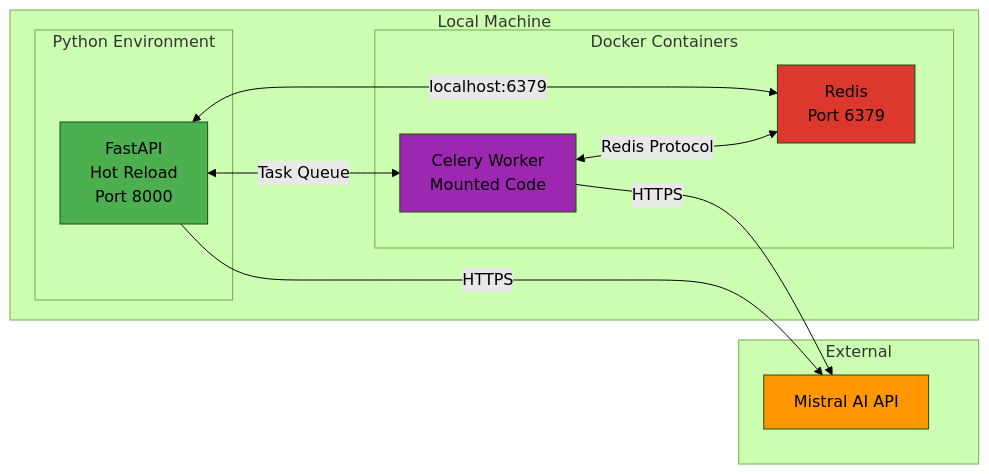
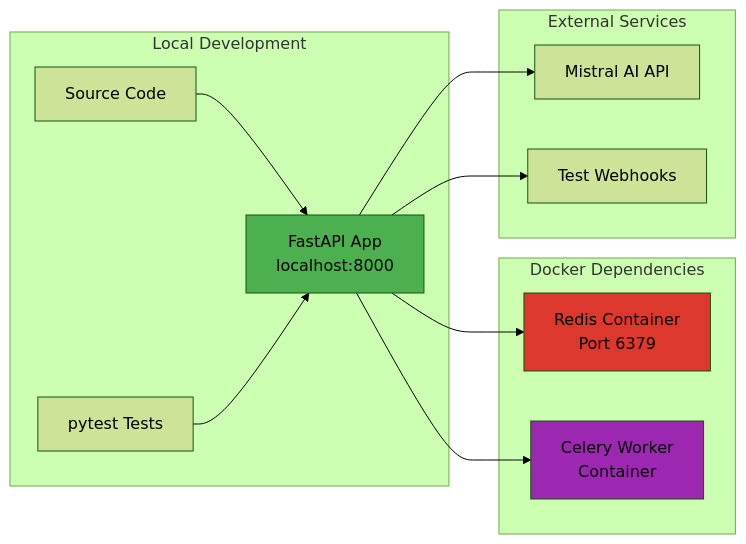
The third of 3 diagrams in README.md (Tony363/document-ingestion-agent), drawn with Mermaid (forest theme) before and after one commit. The commit also changed other lines of this file and 2 other files, not shown here.

````diff
--- a/README.md
+++ b/README.md
@@ -106,28 +135,29 @@
 ```mermaid
-graph LR
-    subgraph "Local Machine"
-        subgraph "Python Environment"
-            FastAPI[FastAPI<br/>Hot Reload<br/>Port 8000]
-        end
-        
-        subgraph "Docker Containers"
-            Redis[Redis<br/>Port 6379]
-            Celery[Celery Worker<br/>Mounted Code]
-        end
+flowchart LR
+    subgraph "Local Development"
+        Code[Source Code]
+        App[FastAPI App<br/>localhost:8000]
+        Tests[pytest Tests]
     end
     
-    subgraph "External"
-        Mistral[Mistral AI API]
+    subgraph "Docker Dependencies"
+        Redis[Redis Container<br/>Port 6379]
+        Celery[Celery Worker<br/>Container]
     end
     
-    FastAPI <-->|localhost:6379| Redis
-    FastAPI <-->|Task Queue| Celery
-    Celery <-->|Redis Protocol| Redis
-    FastAPI -->|HTTPS| Mistral
-    Celery -->|HTTPS| Mistral
+    subgraph "External Services"
+        Mistral[Mistral AI API]
+        Webhooks[Test Webhooks]
+    end
     
-    style FastAPI fill:#4CAF50
+    Code --> App
+    App --> Redis
+    App --> Celery
+    App --> Mistral
+    App --> Webhooks
+    Tests --> App
+    
+    style App fill:#4CAF50
     style Redis fill:#DC382D
     style Celery fill:#9C27B0
-    style Mistral fill:#FF9800
 ```
````
